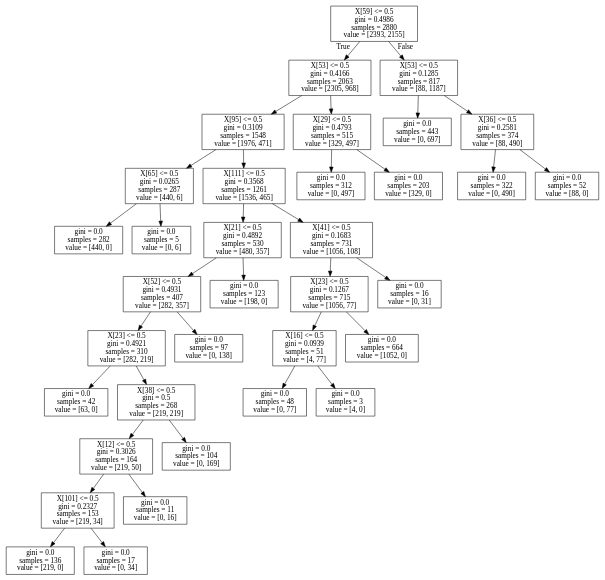
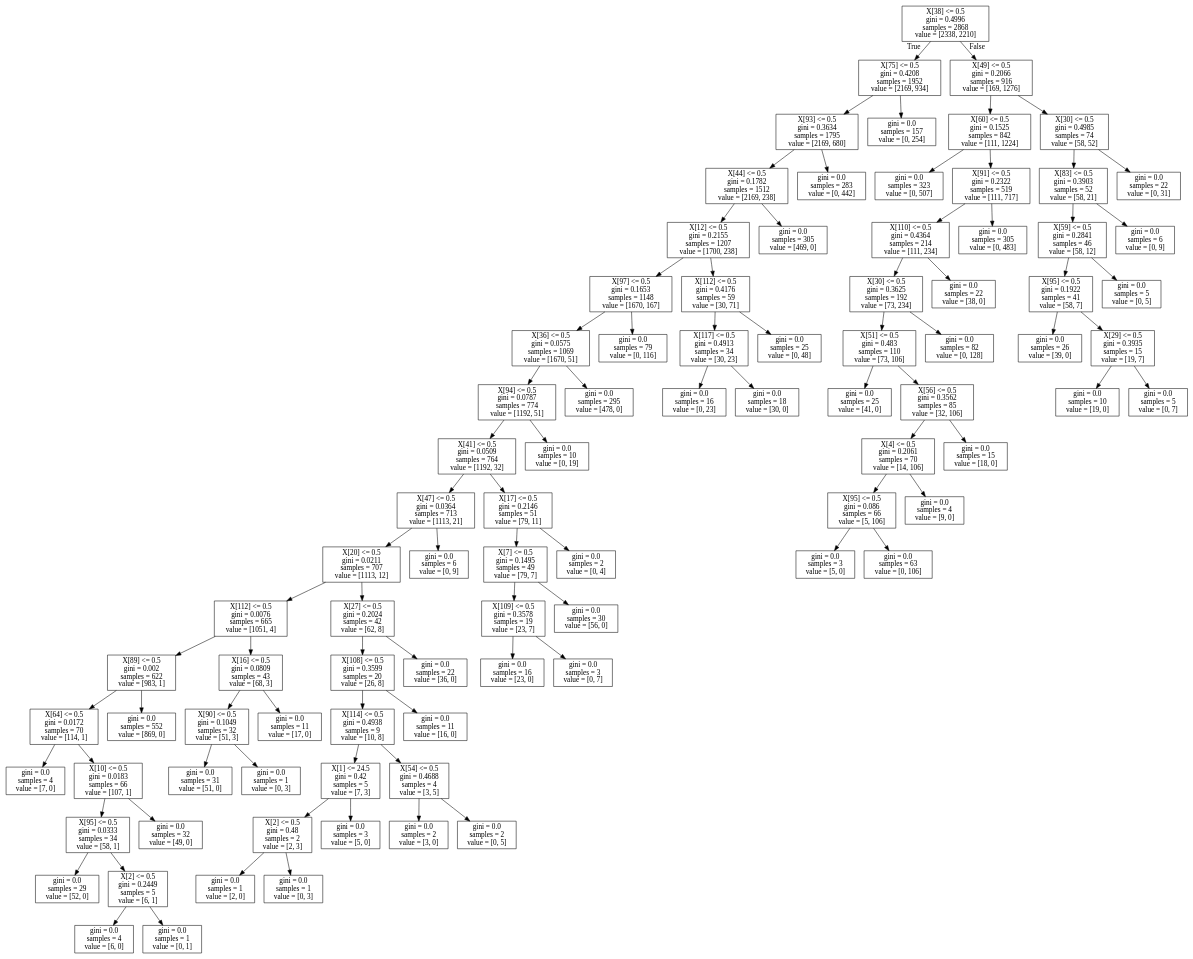
Before and after one commit to CaptainDredge/DSG-Entry-Data-Science-Competition: the diagram in tree_2.dot, drawn with Graphviz. The commit also changed 18 other files, not shown here.

```diff
--- a/tree_2.dot
+++ b/tree_2.dot
@@ -1,72 +1,180 @@
 digraph Tree {
 node [shape=box] ;
-0 [label="X[59] <= 0.5\ngini = 0.4986\nsamples = 2880\nvalue = [2393, 2155]"] ;
-1 [label="X[53] <= 0.5\ngini = 0.4166\nsamples = 2063\nvalue = [2305, 968]"] ;
+0 [label="X[38] <= 0.5\ngini = 0.4996\nsamples = 2868\nvalue = [2338, 2210]"] ;
+1 [label="X[75] <= 0.5\ngini = 0.4208\nsamples = 1952\nvalue = [2169, 934]"] ;
 0 -> 1 [labeldistance=2.5, labelangle=45, headlabel="True"] ;
-2 [label="X[95] <= 0.5\ngini = 0.3109\nsamples = 1548\nvalue = [1976, 471]"] ;
+2 [label="X[93] <= 0.5\ngini = 0.3634\nsamples = 1795\nvalue = [2169, 680]"] ;
 1 -> 2 ;
-3 [label="X[65] <= 0.5\ngini = 0.0265\nsamples = 287\nvalue = [440, 6]"] ;
+3 [label="X[44] <= 0.5\ngini = 0.1782\nsamples = 1512\nvalue = [2169, 238]"] ;
 2 -> 3 ;
-4 [label="gini = 0.0\nsamples = 282\nvalue = [440, 0]"] ;
+4 [label="X[12] <= 0.5\ngini = 0.2155\nsamples = 1207\nvalue = [1700, 238]"] ;
 3 -> 4 ;
-5 [label="gini = 0.0\nsamples = 5\nvalue = [0, 6]"] ;
-3 -> 5 ;
-6 [label="X[111] <= 0.5\ngini = 0.3568\nsamples = 1261\nvalue = [1536, 465]"] ;
-2 -> 6 ;
-7 [label="X[21] <= 0.5\ngini = 0.4892\nsamples = 530\nvalue = [480, 357]"] ;
+5 [label="X[97] <= 0.5\ngini = 0.1653\nsamples = 1148\nvalue = [1670, 167]"] ;
+4 -> 5 ;
+6 [label="X[36] <= 0.5\ngini = 0.0575\nsamples = 1069\nvalue = [1670, 51]"] ;
+5 -> 6 ;
+7 [label="X[94] <= 0.5\ngini = 0.0787\nsamples = 774\nvalue = [1192, 51]"] ;
 6 -> 7 ;
-8 [label="X[52] <= 0.5\ngini = 0.4931\nsamples = 407\nvalue = [282, 357]"] ;
+8 [label="X[41] <= 0.5\ngini = 0.0509\nsamples = 764\nvalue = [1192, 32]"] ;
 7 -> 8 ;
-9 [label="X[23] <= 0.5\ngini = 0.4921\nsamples = 310\nvalue = [282, 219]"] ;
+9 [label="X[47] <= 0.5\ngini = 0.0364\nsamples = 713\nvalue = [1113, 21]"] ;
 8 -> 9 ;
-10 [label="gini = 0.0\nsamples = 42\nvalue = [63, 0]"] ;
+10 [label="X[20] <= 0.5\ngini = 0.0211\nsamples = 707\nvalue = [1113, 12]"] ;
 9 -> 10 ;
-11 [label="X[38] <= 0.5\ngini = 0.5\nsamples = 268\nvalue = [219, 219]"] ;
-9 -> 11 ;
-12 [label="X[12] <= 0.5\ngini = 0.3026\nsamples = 164\nvalue = [219, 50]"] ;
+11 [label="X[112] <= 0.5\ngini = 0.0076\nsamples = 665\nvalue = [1051, 4]"] ;
+10 -> 11 ;
+12 [label="X[89] <= 0.5\ngini = 0.002\nsamples = 622\nvalue = [983, 1]"] ;
 11 -> 12 ;
-13 [label="X[101] <= 0.5\ngini = 0.2327\nsamples = 153\nvalue = [219, 34]"] ;
+13 [label="X[64] <= 0.5\ngini = 0.0172\nsamples = 70\nvalue = [114, 1]"] ;
 12 -> 13 ;
-14 [label="gini = 0.0\nsamples = 136\nvalue = [219, 0]"] ;
+14 [label="gini = 0.0\nsamples = 4\nvalue = [7, 0]"] ;
 13 -> 14 ;
-15 [label="gini = 0.0\nsamples = 17\nvalue = [0, 34]"] ;
+15 [label="X[10] <= 0.5\ngini = 0.0183\nsamples = 66\nvalue = [107, 1]"] ;
 13 -> 15 ;
-16 [label="gini = 0.0\nsamples = 11\nvalue = [0, 16]"] ;
-12 -> 16 ;
-17 [label="gini = 0.0\nsamples = 104\nvalue = [0, 169]"] ;
-11 -> 17 ;
-18 [label="gini = 0.0\nsamples = 97\nvalue = [0, 138]"] ;
-8 -> 18 ;
-19 [label="gini = 0.0\nsamples = 123\nvalue = [198, 0]"] ;
-7 -> 19 ;
-20 [label="X[41] <= 0.5\ngini = 0.1683\nsamples = 731\nvalue = [1056, 108]"] ;
-6 -> 20 ;
-21 [label="X[23] <= 0.5\ngini = 0.1267\nsamples = 715\nvalue = [1056, 77]"] ;
-20 -> 21 ;
-22 [label="X[16] <= 0.5\ngini = 0.0939\nsamples = 51\nvalue = [4, 77]"] ;
-21 -> 22 ;
-23 [label="gini = 0.0\nsamples = 48\nvalue = [0, 77]"] ;
-22 -> 23 ;
-24 [label="gini = 0.0\nsamples = 3\nvalue = [4, 0]"] ;
-22 -> 24 ;
-25 [label="gini = 0.0\nsamples = 664\nvalue = [1052, 0]"] ;
-21 -> 25 ;
-26 [label="gini = 0.0\nsamples = 16\nvalue = [0, 31]"] ;
-20 -> 26 ;
-27 [label="X[29] <= 0.5\ngini = 0.4793\nsamples = 515\nvalue = [329, 497]"] ;
-1 -> 27 ;
-28 [label="gini = 0.0\nsamples = 312\nvalue = [0, 497]"] ;
-27 -> 28 ;
-29 [label="gini = 0.0\nsamples = 203\nvalue = [329, 0]"] ;
-27 -> 29 ;
-30 [label="X[53] <= 0.5\ngini = 0.1285\nsamples = 817\nvalue = [88, 1187]"] ;
-0 -> 30 [labeldistance=2.5, labelangle=-45, headlabel="False"] ;
-31 [label="gini = 0.0\nsamples = 443\nvalue = [0, 697]"] ;
+16 [label="X[95] <= 0.5\ngini = 0.0333\nsamples = 34\nvalue = [58, 1]"] ;
+15 -> 16 ;
+17 [label="gini = 0.0\nsamples = 29\nvalue = [52, 0]"] ;
+16 -> 17 ;
+18 [label="X[2] <= 0.5\ngini = 0.2449\nsamples = 5\nvalue = [6, 1]"] ;
+16 -> 18 ;
+19 [label="gini = 0.0\nsamples = 4\nvalue = [6, 0]"] ;
+18 -> 19 ;
+20 [label="gini = 0.0\nsamples = 1\nvalue = [0, 1]"] ;
+18 -> 20 ;
+21 [label="gini = 0.0\nsamples = 32\nvalue = [49, 0]"] ;
+15 -> 21 ;
+22 [label="gini = 0.0\nsamples = 552\nvalue = [869, 0]"] ;
+12 -> 22 ;
+23 [label="X[16] <= 0.5\ngini = 0.0809\nsamples = 43\nvalue = [68, 3]"] ;
+11 -> 23 ;
+24 [label="X[90] <= 0.5\ngini = 0.1049\nsamples = 32\nvalue = [51, 3]"] ;
+23 -> 24 ;
+25 [label="gini = 0.0\nsamples = 31\nvalue = [51, 0]"] ;
+24 -> 25 ;
+26 [label="gini = 0.0\nsamples = 1\nvalue = [0, 3]"] ;
+24 -> 26 ;
+27 [label="gini = 0.0\nsamples = 11\nvalue = [17, 0]"] ;
+23 -> 27 ;
+28 [label="X[27] <= 0.5\ngini = 0.2024\nsamples = 42\nvalue = [62, 8]"] ;
+10 -> 28 ;
+29 [label="X[108] <= 0.5\ngini = 0.3599\nsamples = 20\nvalue = [26, 8]"] ;
+28 -> 29 ;
+30 [label="X[114] <= 0.5\ngini = 0.4938\nsamples = 9\nvalue = [10, 8]"] ;
+29 -> 30 ;
+31 [label="X[1] <= 24.5\ngini = 0.42\nsamples = 5\nvalue = [7, 3]"] ;
 30 -> 31 ;
-32 [label="X[36] <= 0.5\ngini = 0.2581\nsamples = 374\nvalue = [88, 490]"] ;
-30 -> 32 ;
-33 [label="gini = 0.0\nsamples = 322\nvalue = [0, 490]"] ;
+32 [label="X[2] <= 0.5\ngini = 0.48\nsamples = 2\nvalue = [2, 3]"] ;
+31 -> 32 ;
+33 [label="gini = 0.0\nsamples = 1\nvalue = [2, 0]"] ;
 32 -> 33 ;
-34 [label="gini = 0.0\nsamples = 52\nvalue = [88, 0]"] ;
+34 [label="gini = 0.0\nsamples = 1\nvalue = [0, 3]"] ;
 32 -> 34 ;
+35 [label="gini = 0.0\nsamples = 3\nvalue = [5, 0]"] ;
+31 -> 35 ;
+36 [label="X[54] <= 0.5\ngini = 0.4688\nsamples = 4\nvalue = [3, 5]"] ;
+30 -> 36 ;
+37 [label="gini = 0.0\nsamples = 2\nvalue = [3, 0]"] ;
+36 -> 37 ;
+38 [label="gini = 0.0\nsamples = 2\nvalue = [0, 5]"] ;
+36 -> 38 ;
+39 [label="gini = 0.0\nsamples = 11\nvalue = [16, 0]"] ;
+29 -> 39 ;
+40 [label="gini = 0.0\nsamples = 22\nvalue = [36, 0]"] ;
+28 -> 40 ;
+41 [label="gini = 0.0\nsamples = 6\nvalue = [0, 9]"] ;
+9 -> 41 ;
+42 [label="X[17] <= 0.5\ngini = 0.2146\nsamples = 51\nvalue = [79, 11]"] ;
+8 -> 42 ;
+43 [label="X[7] <= 0.5\ngini = 0.1495\nsamples = 49\nvalue = [79, 7]"] ;
+42 -> 43 ;
+44 [label="X[109] <= 0.5\ngini = 0.3578\nsamples = 19\nvalue = [23, 7]"] ;
+43 -> 44 ;
+45 [label="gini = 0.0\nsamples = 16\nvalue = [23, 0]"] ;
+44 -> 45 ;
+46 [label="gini = 0.0\nsamples = 3\nvalue = [0, 7]"] ;
+44 -> 46 ;
+47 [label="gini = 0.0\nsamples = 30\nvalue = [56, 0]"] ;
+43 -> 47 ;
+48 [label="gini = 0.0\nsamples = 2\nvalue = [0, 4]"] ;
+42 -> 48 ;
+49 [label="gini = 0.0\nsamples = 10\nvalue = [0, 19]"] ;
+7 -> 49 ;
+50 [label="gini = 0.0\nsamples = 295\nvalue = [478, 0]"] ;
+6 -> 50 ;
+51 [label="gini = 0.0\nsamples = 79\nvalue = [0, 116]"] ;
+5 -> 51 ;
+52 [label="X[112] <= 0.5\ngini = 0.4176\nsamples = 59\nvalue = [30, 71]"] ;
+4 -> 52 ;
+53 [label="X[117] <= 0.5\ngini = 0.4913\nsamples = 34\nvalue = [30, 23]"] ;
+52 -> 53 ;
+54 [label="gini = 0.0\nsamples = 16\nvalue = [0, 23]"] ;
+53 -> 54 ;
+55 [label="gini = 0.0\nsamples = 18\nvalue = [30, 0]"] ;
+53 -> 55 ;
+56 [label="gini = 0.0\nsamples = 25\nvalue = [0, 48]"] ;
+52 -> 56 ;
+57 [label="gini = 0.0\nsamples = 305\nvalue = [469, 0]"] ;
+3 -> 57 ;
+58 [label="gini = 0.0\nsamples = 283\nvalue = [0, 442]"] ;
+2 -> 58 ;
+59 [label="gini = 0.0\nsamples = 157\nvalue = [0, 254]"] ;
+1 -> 59 ;
+60 [label="X[49] <= 0.5\ngini = 0.2066\nsamples = 916\nvalue = [169, 1276]"] ;
+0 -> 60 [labeldistance=2.5, labelangle=-45, headlabel="False"] ;
+61 [label="X[60] <= 0.5\ngini = 0.1525\nsamples = 842\nvalue = [111, 1224]"] ;
+60 -> 61 ;
+62 [label="gini = 0.0\nsamples = 323\nvalue = [0, 507]"] ;
+61 -> 62 ;
+63 [label="X[91] <= 0.5\ngini = 0.2322\nsamples = 519\nvalue = [111, 717]"] ;
+61 -> 63 ;
+64 [label="X[110] <= 0.5\ngini = 0.4364\nsamples = 214\nvalue = [111, 234]"] ;
+63 -> 64 ;
+65 [label="X[30] <= 0.5\ngini = 0.3625\nsamples = 192\nvalue = [73, 234]"] ;
+64 -> 65 ;
+66 [label="X[51] <= 0.5\ngini = 0.483\nsamples = 110\nvalue = [73, 106]"] ;
+65 -> 66 ;
+67 [label="gini = 0.0\nsamples = 25\nvalue = [41, 0]"] ;
+66 -> 67 ;
+68 [label="X[56] <= 0.5\ngini = 0.3562\nsamples = 85\nvalue = [32, 106]"] ;
+66 -> 68 ;
+69 [label="X[4] <= 0.5\ngini = 0.2061\nsamples = 70\nvalue = [14, 106]"] ;
+68 -> 69 ;
+70 [label="X[95] <= 0.5\ngini = 0.086\nsamples = 66\nvalue = [5, 106]"] ;
+69 -> 70 ;
+71 [label="gini = 0.0\nsamples = 3\nvalue = [5, 0]"] ;
+70 -> 71 ;
+72 [label="gini = 0.0\nsamples = 63\nvalue = [0, 106]"] ;
+70 -> 72 ;
+73 [label="gini = 0.0\nsamples = 4\nvalue = [9, 0]"] ;
+69 -> 73 ;
+74 [label="gini = 0.0\nsamples = 15\nvalue = [18, 0]"] ;
+68 -> 74 ;
+75 [label="gini = 0.0\nsamples = 82\nvalue = [0, 128]"] ;
+65 -> 75 ;
+76 [label="gini = 0.0\nsamples = 22\nvalue = [38, 0]"] ;
+64 -> 76 ;
+77 [label="gini = 0.0\nsamples = 305\nvalue = [0, 483]"] ;
+63 -> 77 ;
+78 [label="X[30] <= 0.5\ngini = 0.4985\nsamples = 74\nvalue = [58, 52]"] ;
+60 -> 78 ;
+79 [label="X[83] <= 0.5\ngini = 0.3903\nsamples = 52\nvalue = [58, 21]"] ;
+78 -> 79 ;
+80 [label="X[59] <= 0.5\ngini = 0.2841\nsamples = 46\nvalue = [58, 12]"] ;
+79 -> 80 ;
+81 [label="X[95] <= 0.5\ngini = 0.1922\nsamples = 41\nvalue = [58, 7]"] ;
+80 -> 81 ;
+82 [label="gini = 0.0\nsamples = 26\nvalue = [39, 0]"] ;
+81 -> 82 ;
+83 [label="X[29] <= 0.5\ngini = 0.3935\nsamples = 15\nvalue = [19, 7]"] ;
+81 -> 83 ;
+84 [label="gini = 0.0\nsamples = 10\nvalue = [19, 0]"] ;
+83 -> 84 ;
+85 [label="gini = 0.0\nsamples = 5\nvalue = [0, 7]"] ;
+83 -> 85 ;
+86 [label="gini = 0.0\nsamples = 5\nvalue = [0, 5]"] ;
+80 -> 86 ;
+87 [label="gini = 0.0\nsamples = 6\nvalue = [0, 9]"] ;
+79 -> 87 ;
+88 [label="gini = 0.0\nsamples = 22\nvalue = [0, 31]"] ;
+78 -> 88 ;
 }
```
